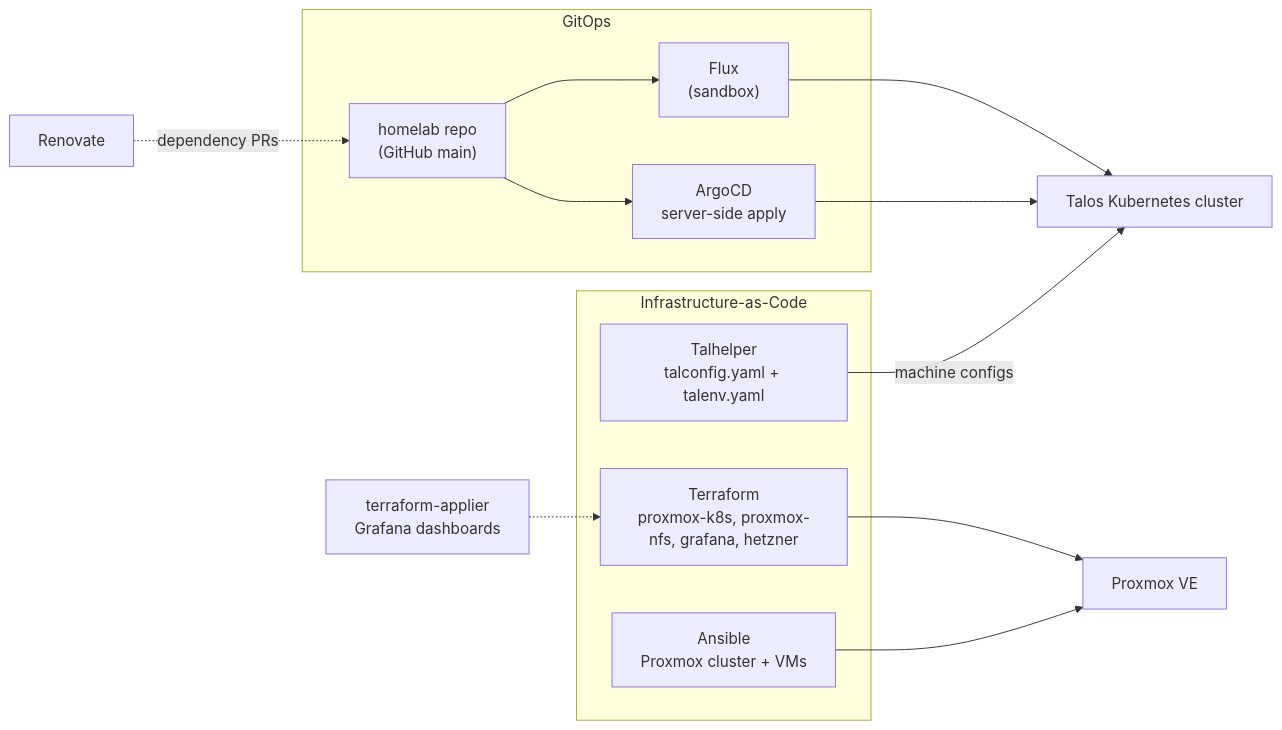
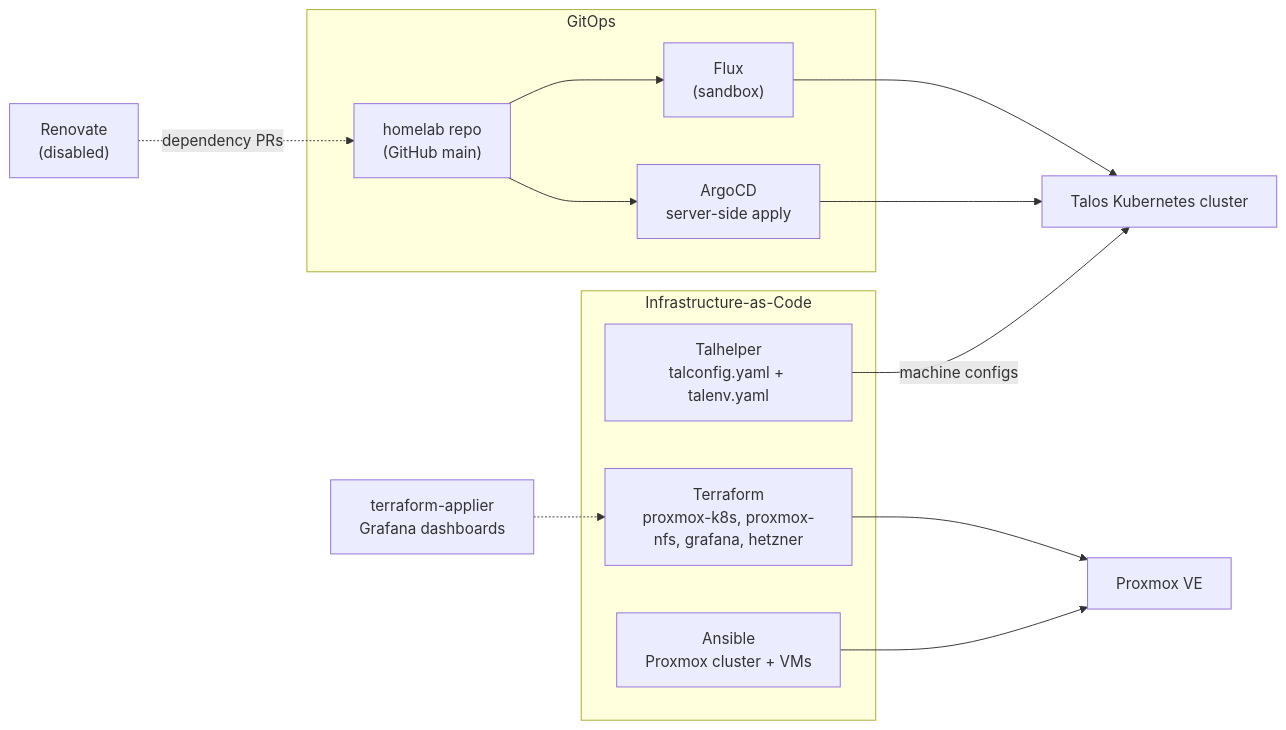
Before and after one commit to DTLP/homelab: the fifth of 5 diagrams in docs/architecture.md, drawn with Mermaid. The commit also changed other lines of this file and 8 other files, not shown here.

````diff
--- a/docs/architecture.md
+++ b/docs/architecture.md
@@ -127,28 +144,28 @@
 ```mermaid
 flowchart LR
     subgraph IaC["Infrastructure-as-Code"]
         Ansible["Ansible<br/>Proxmox cluster + VMs"]
         TF["Terraform<br/>proxmox-k8s, proxmox-nfs, grafana, hetzner"]
         TH["Talhelper<br/>talconfig.yaml + talenv.yaml"]
     end
 
     Ansible --> PVE["Proxmox VE"]
     TF --> PVE
     TH -->|machine configs| Cluster
 
     subgraph GitOps["GitOps"]
         Argo["ArgoCD<br/>server-side apply"]
         Flux["Flux<br/>(sandbox)"]
         Repo["homelab repo<br/>(GitHub main)"]
     end
 
     Repo --> Argo
     Repo --> Flux
     Argo --> Cluster
     Flux --> Cluster
 
-    Renovate["Renovate"] -.->|dependency PRs| Repo
+    Renovate["Renovate<br/>(disabled)"] -.->|dependency PRs| Repo
     TerraformApplier["terraform-applier<br/>Grafana dashboards"] -.-> TF
 
     Cluster["Talos Kubernetes cluster"]
 ```
````
